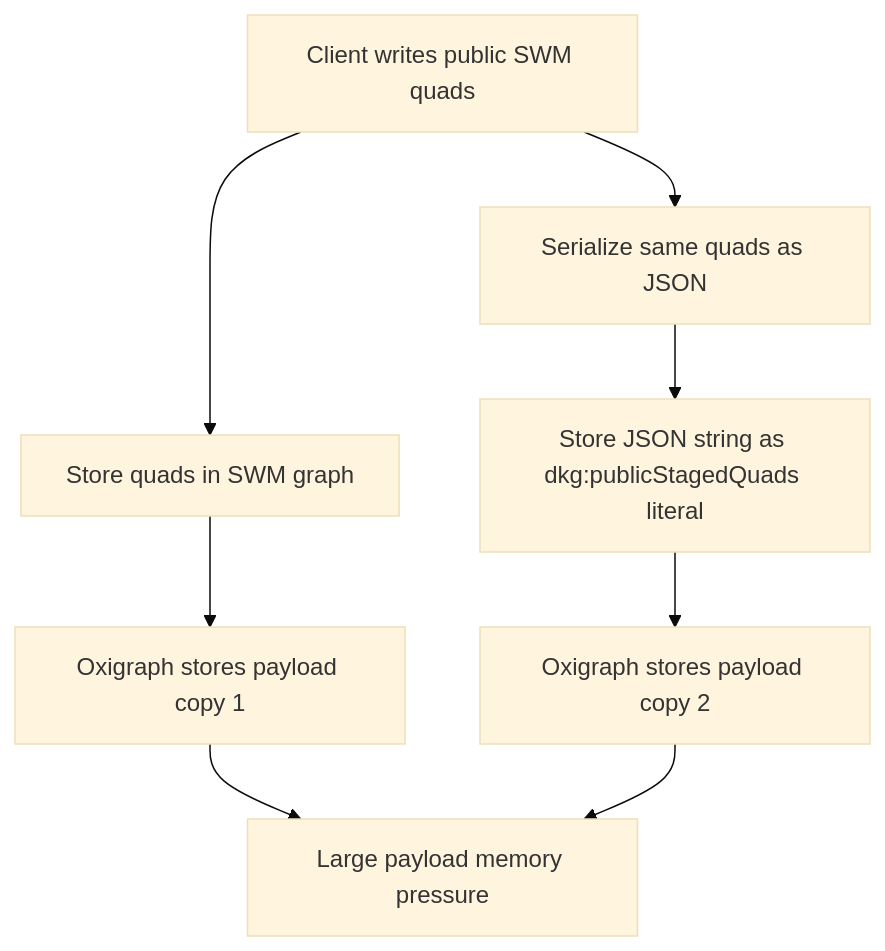
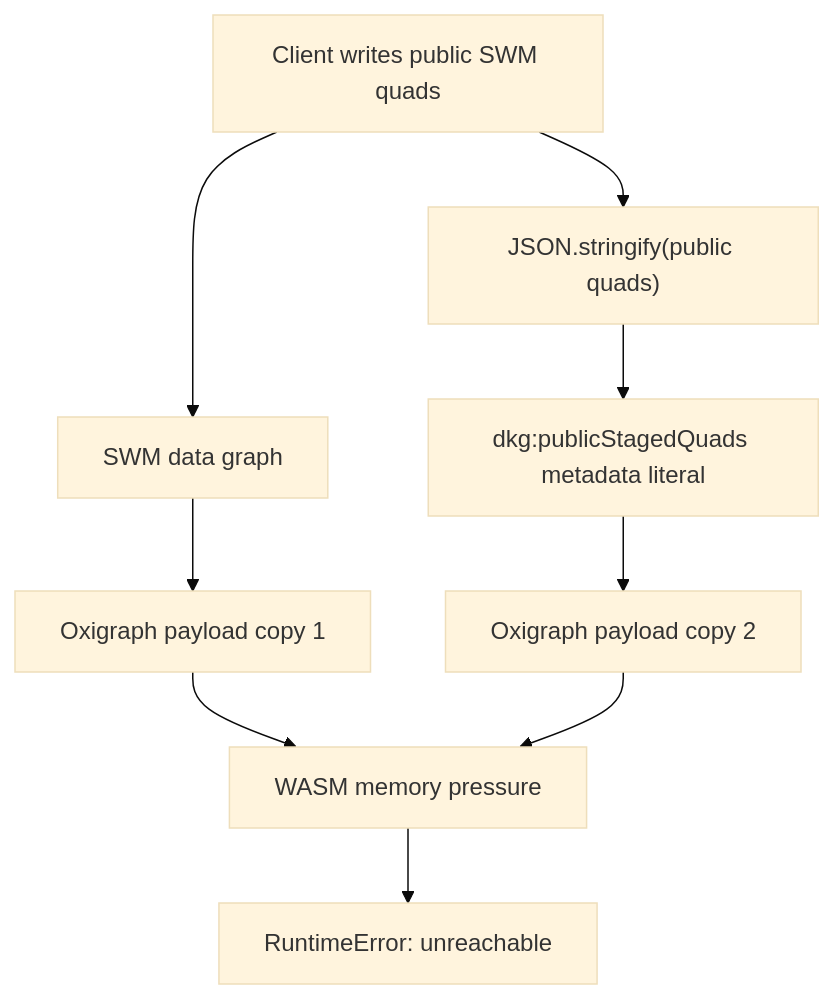
One commit to KilianTrunk/dkg changed the first of 10 diagrams in docs/SWM_LARGE_PAYLOAD_STORAGE_AMPLIFICATION_PR.md. Above: the diagram before and after it, drawn with Mermaid (base theme). The commit also changed other lines of this file and 4 other files, not shown here.

````diff
--- a/docs/SWM_LARGE_PAYLOAD_STORAGE_AMPLIFICATION_PR.md
+++ b/docs/SWM_LARGE_PAYLOAD_STORAGE_AMPLIFICATION_PR.md
@@ -44,10 +48,11 @@
 ```mermaid
 flowchart TD
-  A["Client writes public SWM quads"] --> B["Store quads in SWM graph"]
-  A --> C["Serialize same quads as JSON"]
-  C --> D["Store JSON string as dkg:publicStagedQuads literal"]
-  B --> E["Oxigraph stores payload copy 1"]
-  D --> F["Oxigraph stores payload copy 2"]
-  E --> G["Large payload memory pressure"]
+  A["Client writes public SWM quads"] --> B["SWM data graph"]
+  A --> C["JSON.stringify(public quads)"]
+  C --> D["dkg:publicStagedQuads metadata literal"]
+  B --> E["Oxigraph payload copy 1"]
+  D --> F["Oxigraph payload copy 2"]
+  E --> G["WASM memory pressure"]
   F --> G
+  G --> H["RuntimeError: unreachable"]
 ```
````
